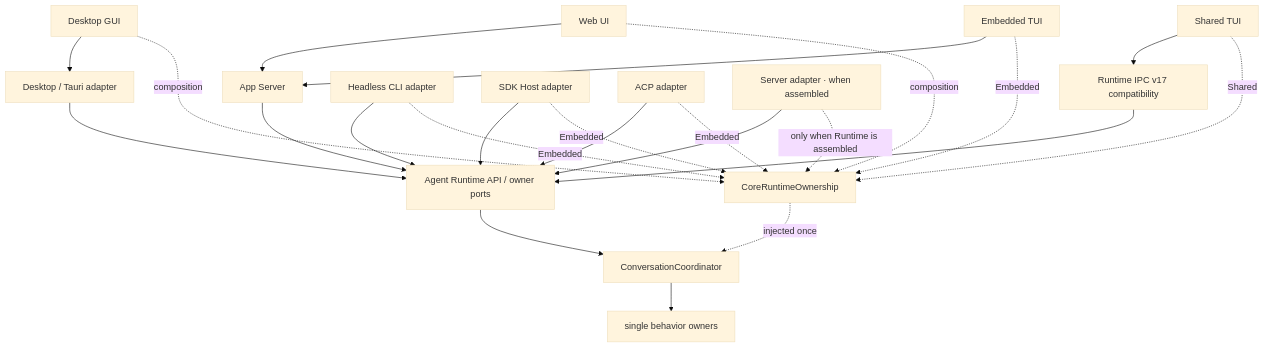
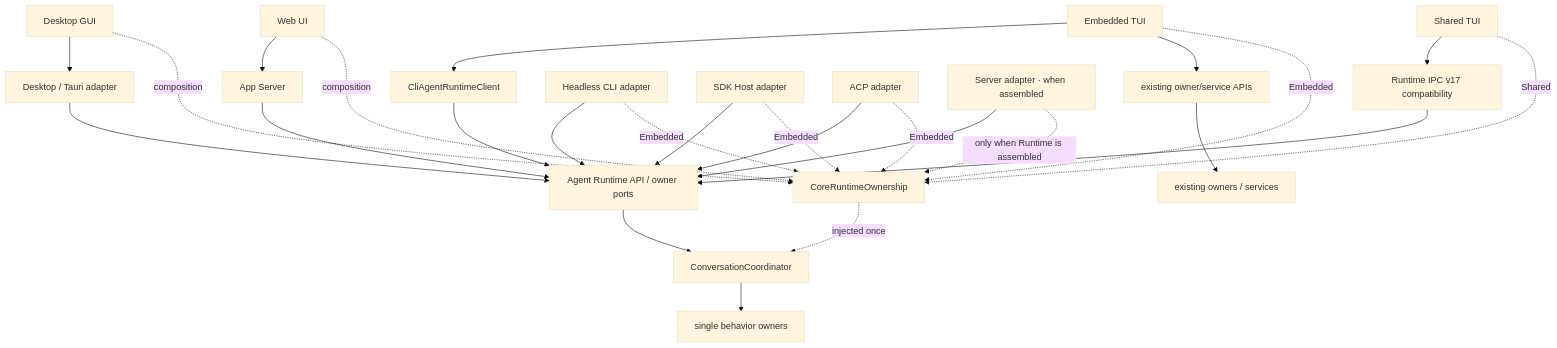
Diagram 12 of 17 in docs/architecture/agent-runtime-deployment-design.md (1688mengdie/BitFun), drawn with Mermaid (base theme) before and after one commit. The commit also changed other lines of this file and 71 other files, not shown here.

Commit message:
refactor(cli): decouple TUI runtime from app server

````diff
--- a/docs/architecture/agent-runtime-deployment-design.md
+++ b/docs/architecture/agent-runtime-deployment-design.md
@@ -352,26 +350,29 @@
 ```mermaid
 flowchart TB
   GUI["Desktop GUI"] --> DesktopAdapter["Desktop / Tauri adapter"]
   Web["Web UI"] --> AppServer["App Server"]
-  EmbeddedTUI["Embedded TUI"] --> AppServer
+  EmbeddedTUI["Embedded TUI"] --> RuntimeClient["CliAgentRuntimeClient"]
+  EmbeddedTUI --> OwnerApis["existing owner/service APIs"]
   SharedTUI["Shared TUI"] --> SharedCompat["Runtime IPC v17 compatibility"]
   DesktopAdapter --> API["Agent Runtime API / owner ports"]
   AppServer --> API["Agent Runtime API / owner ports"]
+  RuntimeClient --> API
+  OwnerApis --> DomainOwners["existing owners / services"]
   SharedCompat --> API
   CLI["Headless CLI adapter"] --> API
   SDK["SDK Host adapter"] --> API
   ACP["ACP adapter"] --> API
   Server["Server adapter · when assembled"] --> API
   API --> Coordinator["ConversationCoordinator"]
   Coordinator --> Behavior["single behavior owners"]
 
   GUI -. "composition" .-> Ownership["CoreRuntimeOwnership"]
   Web -. "composition" .-> Ownership
   EmbeddedTUI -. "Embedded" .-> Ownership
   SharedTUI -. "Shared" .-> Ownership
   CLI -. "Embedded" .-> Ownership
   SDK -. "Embedded" .-> Ownership
   ACP -. "Embedded" .-> Ownership
   Server -. "only when Runtime is assembled" .-> Ownership
   Ownership -. "injected once" .-> Coordinator
 ```
````
